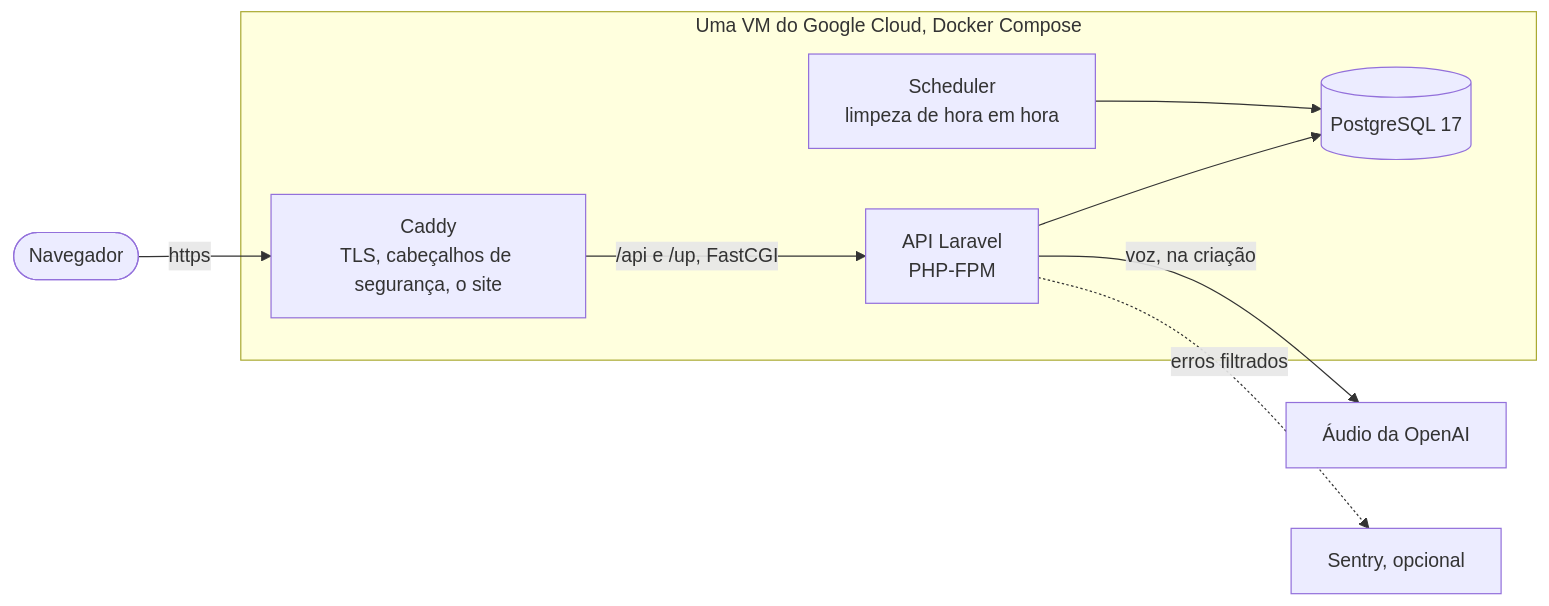
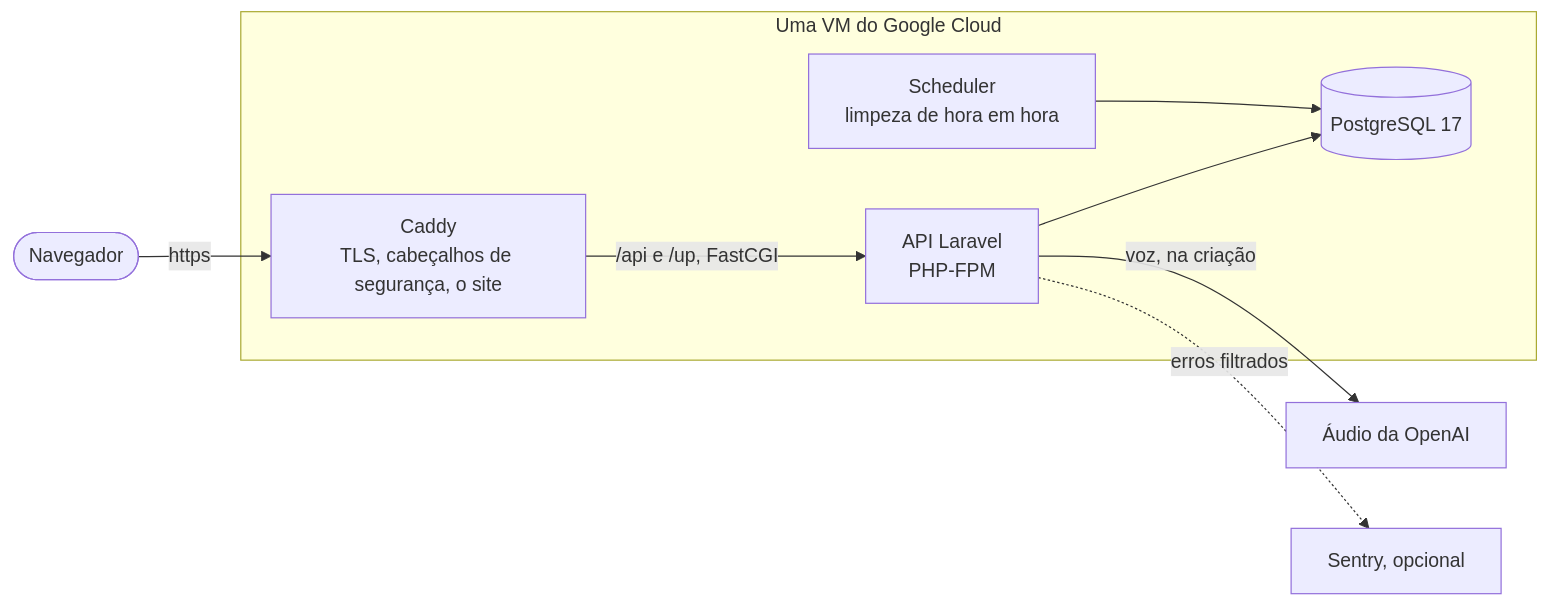
Before and after one commit to raabesmps/howler: the second of 2 diagrams in README.pt-BR.md, drawn with Mermaid. The commit also changed 3 other files, not shown here.

Commit message:
docs: status after the clean-up, and a shorter title in the architecture diagram

````diff
--- a/README.pt-BR.md
+++ b/README.pt-BR.md
@@ -65,15 +65,15 @@
 ```mermaid
 flowchart LR
     V(["Navegador"]) -->|https| C
-    subgraph VM["Uma VM do Google Cloud, Docker Compose"]
+    subgraph VM["Uma VM do Google Cloud"]
         C["Caddy<br/>TLS, cabeçalhos de segurança, o site"]
         A["API Laravel<br/>PHP-FPM"]
         S["Scheduler<br/>limpeza de hora em hora"]
         D[("PostgreSQL 17")]
         C -->|"/api e /up, FastCGI"| A
         A --> D
         S --> D
     end
     A -->|"voz, na criação"| O["Áudio da OpenAI"]
     A -.->|"erros filtrados"| X["Sentry, opcional"]
 ```
````
